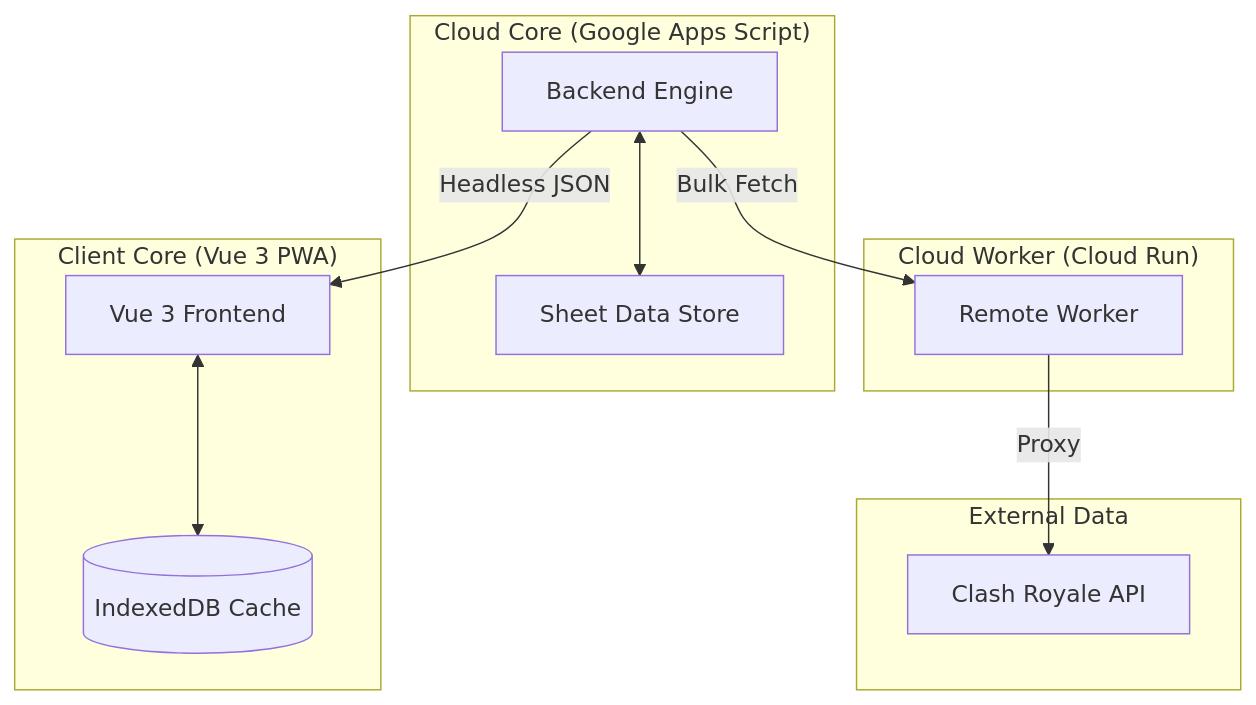
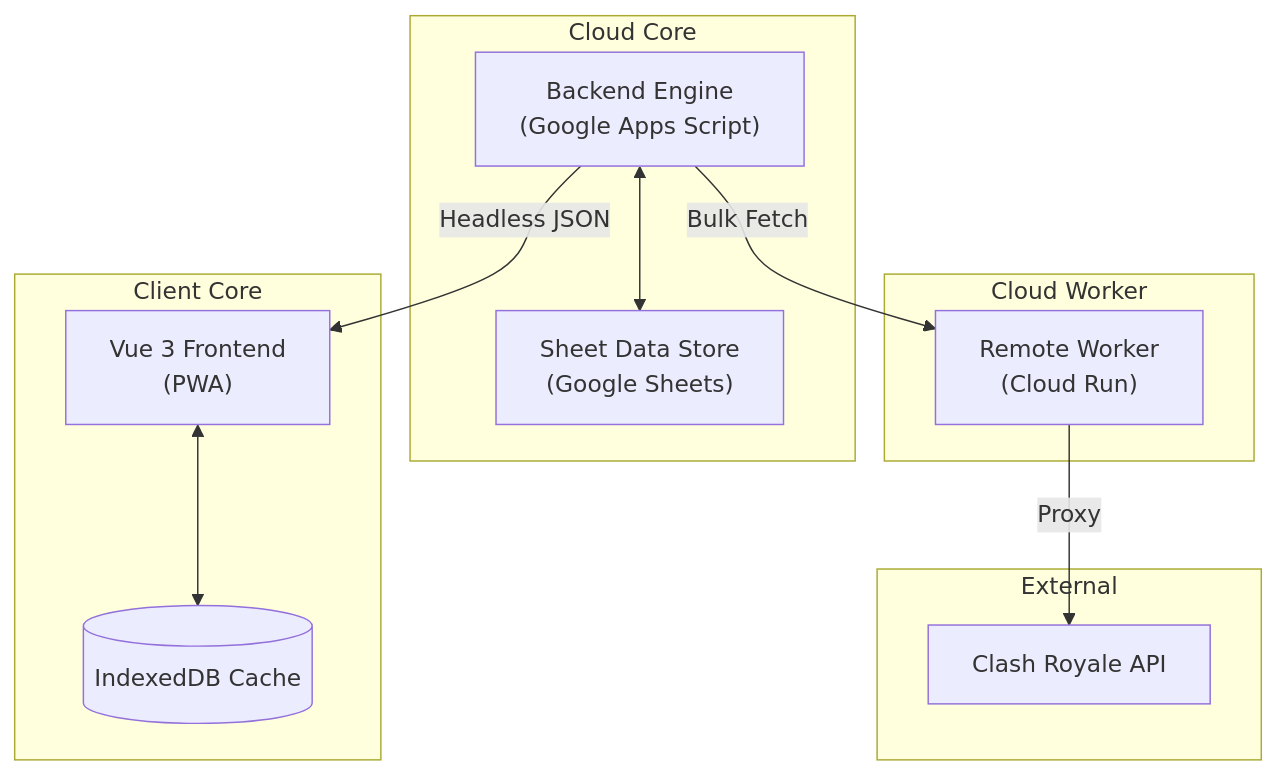
One commit to AlbiDR/Clash-Manager changed the diagram in README.md. Above: the diagram before and after it, drawn with Mermaid.

Commit message:
Update README.md
layout polish

````diff
--- a/README.md
+++ b/README.md
@@ -16,26 +16,27 @@
 ```mermaid
 graph TD
-    subgraph "External Data"
+    subgraph "External"
         CRAPI["Clash Royale API"]
     end
 
-    subgraph "Cloud Core (Google Apps Script)"
-        GAS["Backend Engine"]
-        GS["Sheet Data Store"]
+    subgraph "Cloud Core"
+        GAS["Backend Engine<br/>(Google Apps Script)"]
+        GS["Sheet Data Store<br/>(Google Sheets)"]
     end
 
-    subgraph "Cloud Worker (Cloud Run)"
-        Worker["Remote Worker"]
+    subgraph "Cloud Worker"
+        Worker["Remote Worker<br/>(Cloud Run)"]
     end
 
-    subgraph "Client Core (Vue 3 PWA)"
-        VueUI["Vue 3 Frontend"]
+    subgraph "Client Core"
+        VueUI["Vue 3 Frontend<br/>(PWA)"]
         IDB[(IndexedDB Cache)]
     end
 
+    %% Connections
     GAS -->|Bulk Fetch| Worker
     Worker -->|Proxy| CRAPI
     GAS <--> GS
     GAS -->|Headless JSON| VueUI
     VueUI <--> IDB
 ```
````
